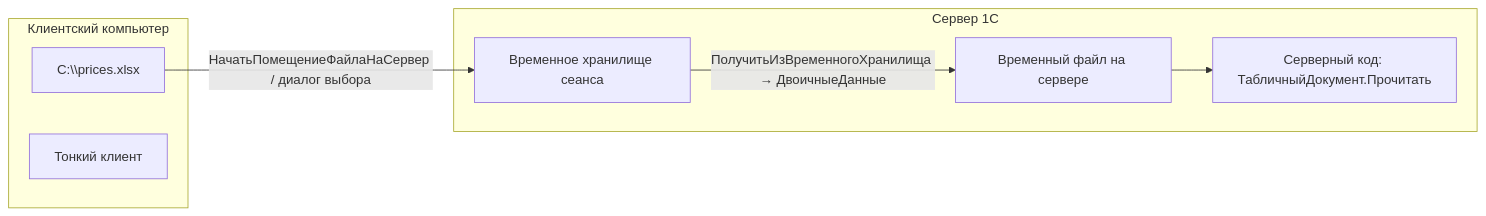
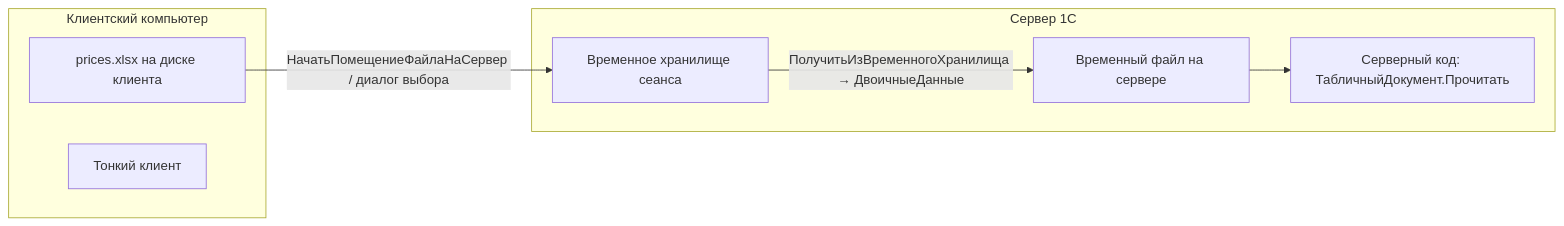
The first of 6 diagrams in modules/11-integration.md (Alferac/1C), drawn with Mermaid before and after one commit. The commit also changed other lines of this file and 1 other file, not shown here.

````diff
--- a/modules/11-integration.md
+++ b/modules/11-integration.md
@@ -36,15 +36,15 @@
 ```mermaid
 flowchart LR
     subgraph CL["Клиентский компьютер"]
-        F1["C:\\prices.xlsx"]
+        F1["prices.xlsx на диске клиента"]
         TC["Тонкий клиент"]
     end
     subgraph SRV["Сервер 1С"]
         TMP["Временное хранилище сеанса"]
         CODE["Серверный код: ТабличныйДокумент.Прочитать"]
         TF["Временный файл на сервере"]
     end
     F1 -->|"НачатьПомещениеФайлаНаСервер / диалог выбора"| TMP
     TMP -->|"ПолучитьИзВременногоХранилища → ДвоичныеДанные"| TF
     TF --> CODE
 ```
````
